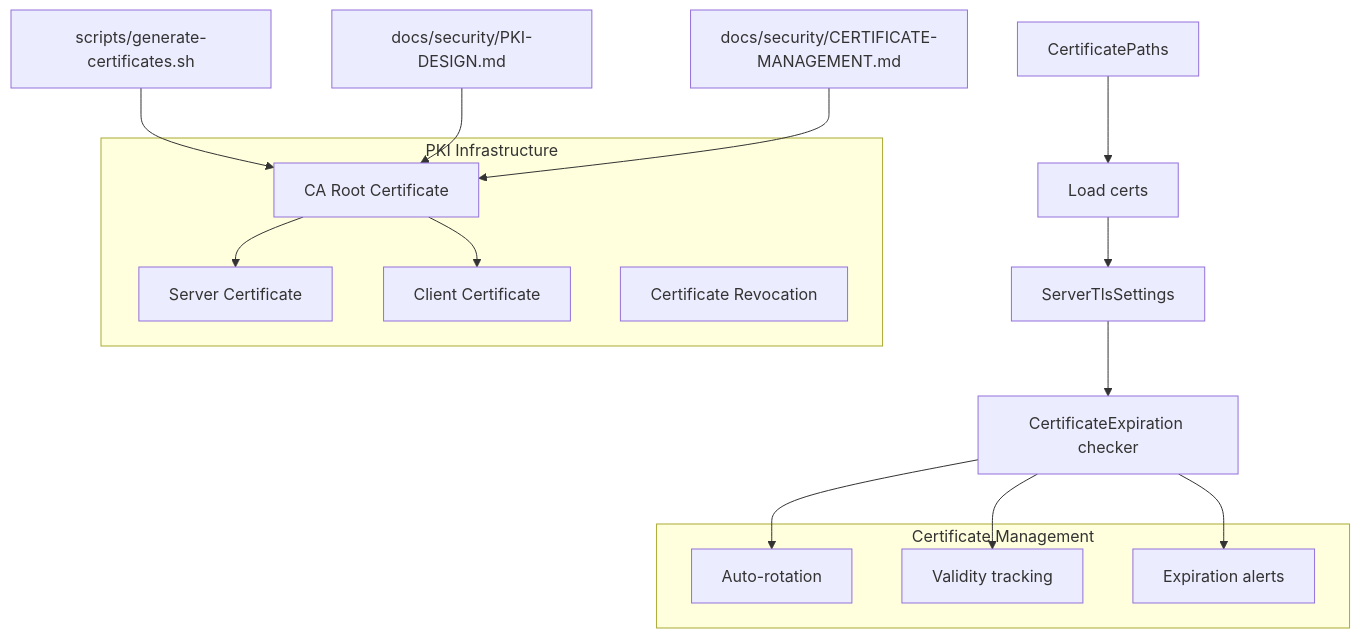
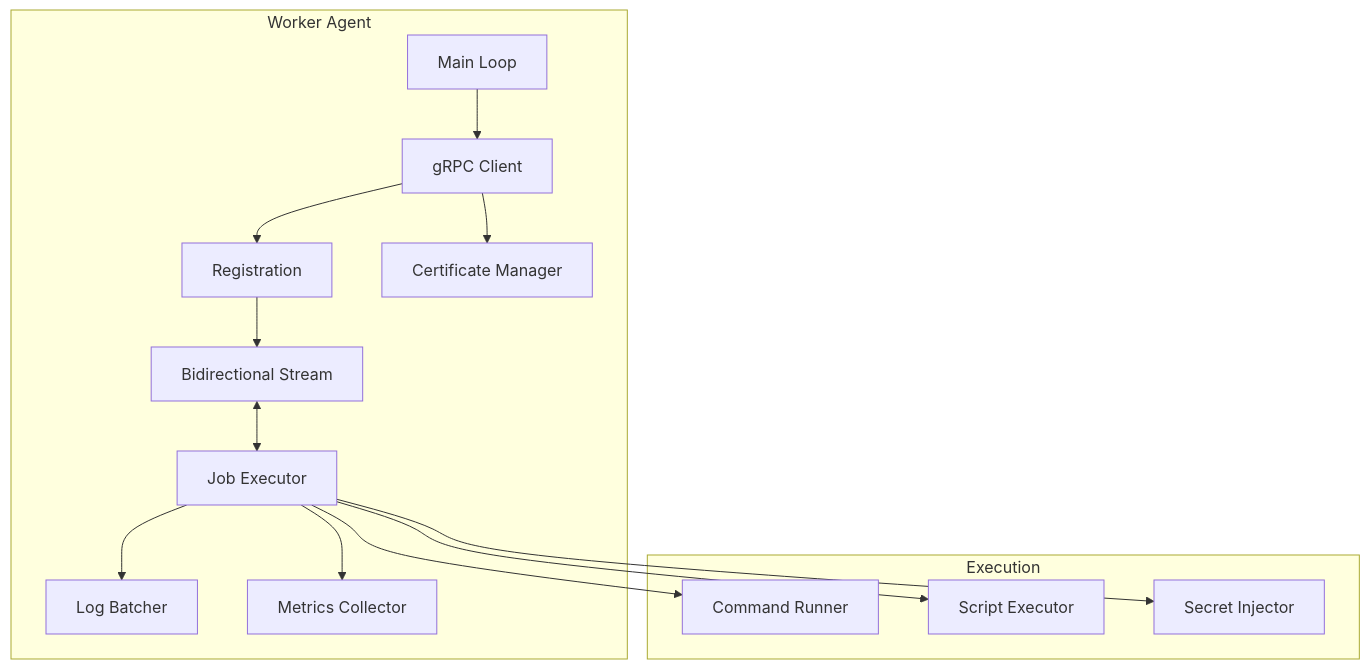
One commit to Rubentxu/hodei-jobs changed the second of 7 diagrams in docs/architecture.md. Above: the diagram before and after it, drawn with Mermaid. The commit also changed other lines of this file and 1 other file, not shown here.

````diff
--- a/docs/architecture.md
+++ b/docs/architecture.md
@@ -227,33 +1704,30 @@
 ```mermaid
-graph TD
-    A[CertificatePaths] --> B[Load certs]
-    B --> C[ServerTlsSettings]
-    C --> D[CertificateExpiration checker]
-
-    subgraph "PKI Infrastructure"
-        E[CA Root Certificate]
-        F[Server Certificate]
-        G[Client Certificate]
-        H[Certificate Revocation]
+graph TB
+    subgraph "Worker Agent"
+        MAIN[Main Loop]
+        CLIENT[gRPC Client]
+        REG[Registration]
+        STREAM[Bidirectional Stream]
+        EXEC[Job Executor]
+        LOG[Log Batcher]
+        METRICS[Metrics Collector]
+        CERT[Certificate Manager]
     end
 
-    subgraph "Certificate Management"
-        I[Auto-rotation]
-        J[Validity tracking]
-        K[Expiration alerts]
+    subgraph "Execution"
+        CMD[Command Runner]
+        SCRIPT[Script Executor]
+        SECRET[Secret Injector]
     end
 
-    E --> F
-    E --> G
-    D --> I
-    D --> J
-    D --> K
-
-    script[scripts/generate-certificates.sh]
-    doc1[docs/security/PKI-DESIGN.md]
-    doc2[docs/security/CERTIFICATE-MANAGEMENT.md]
-
-    script --> E
-    doc1 --> E
-    doc2 --> E
+    MAIN --> CLIENT
+    CLIENT --> REG
+    REG --> STREAM
+    STREAM <--> EXEC
+    EXEC --> CMD
+    EXEC --> SCRIPT
+    EXEC --> SECRET
+    EXEC --> LOG
+    EXEC --> METRICS
+    CLIENT --> CERT
 ```
````
